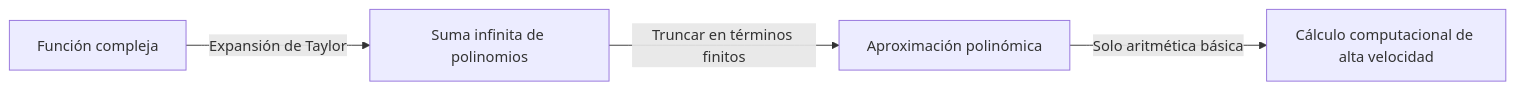
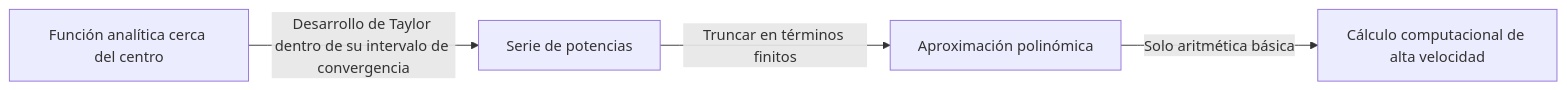
One commit to kenjinote/blog changed the diagram in content/post/taylor-and-maclaurin-series/index.es.md. Above: the diagram before and after it, drawn with Mermaid. The commit also changed other lines of this file and 8 other files, not shown here.

````diff
--- a/content/post/taylor-and-maclaurin-series/index.es.md
+++ b/content/post/taylor-and-maclaurin-series/index.es.md
@@ -25,6 +26,6 @@
 ```mermaid
 flowchart LR
-    A["Función compleja"] -->|"Expansión de Taylor"| B["Suma infinita de polinomios"]
+    A["Función analítica cerca del centro"] -->|"Desarrollo de Taylor dentro de su intervalo de convergencia"| B["Serie de potencias"]
     B -->|"Truncar en términos finitos"| C["Aproximación polinómica"]
     C -->|"Solo aritmética básica"| D["Cálculo computacional de alta velocidad"]
 ```
````
